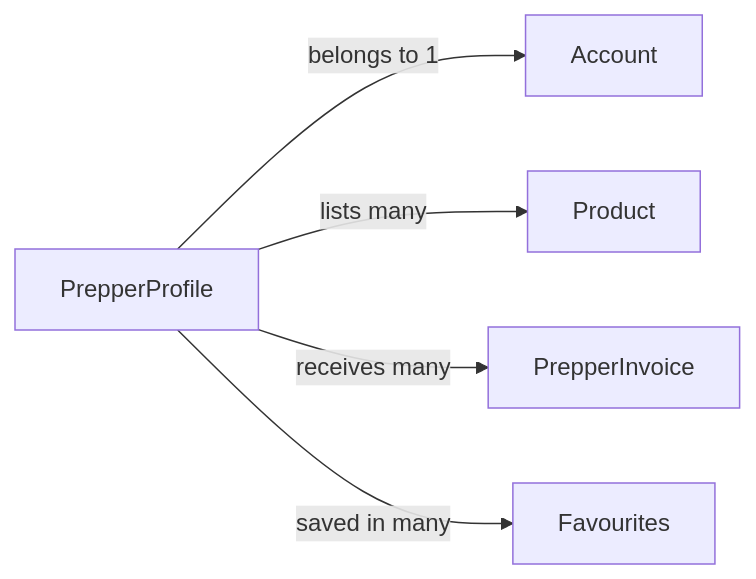
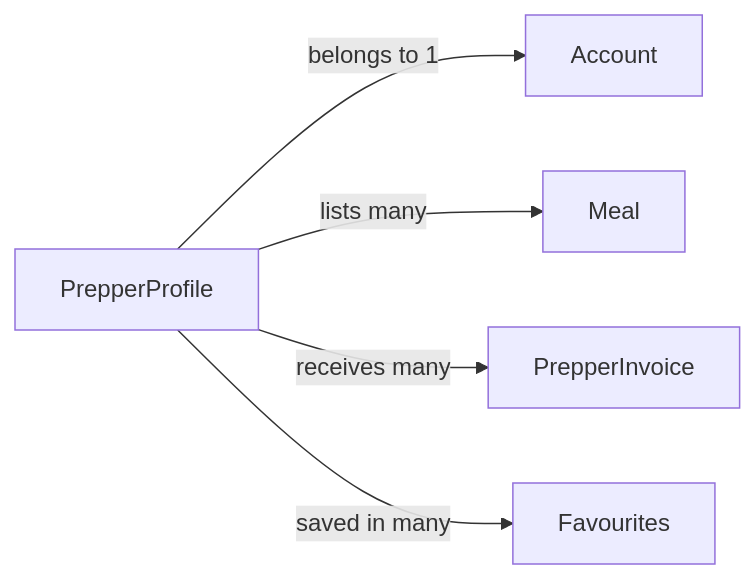
One commit to rachelwong/preppers changed the diagram in docs/data-model/entities/prepper-profile.md. Above: the diagram before and after it, drawn with Mermaid. The commit also changed other lines of this file and 44 other files, not shown here.

````diff
--- a/docs/data-model/entities/prepper-profile.md
+++ b/docs/data-model/entities/prepper-profile.md
@@ -33,7 +31,7 @@
 ```mermaid
 flowchart LR
   PP[PrepperProfile] -->|"belongs to 1"| A[Account]
-  PP -->|"lists many"| P[Product]
+  PP -->|"lists many"| P[Meal]
   PP -->|"receives many"| I[PrepperInvoice]
   PP -->|"saved in many"| F[Favourites]
 ```
````
